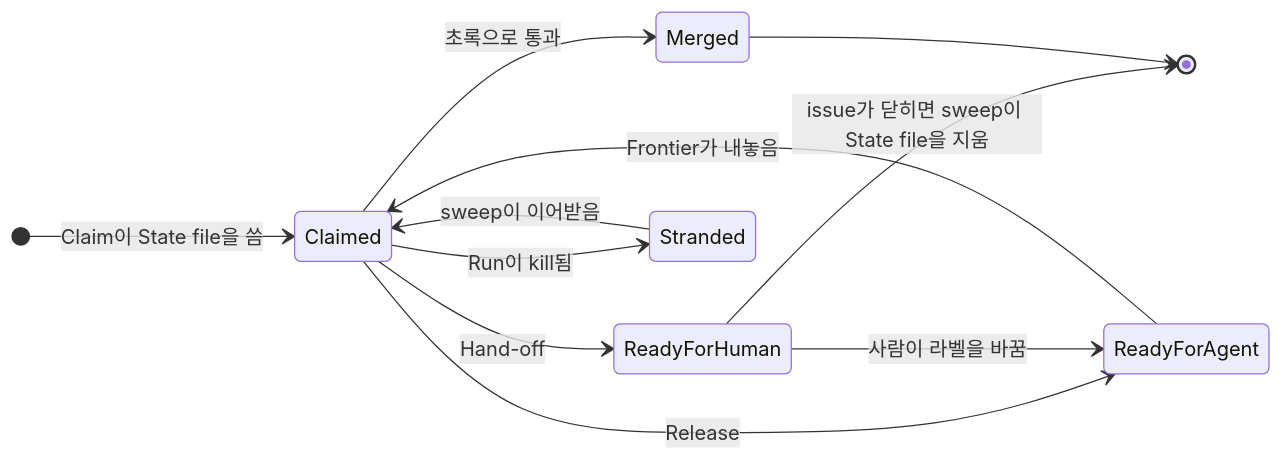
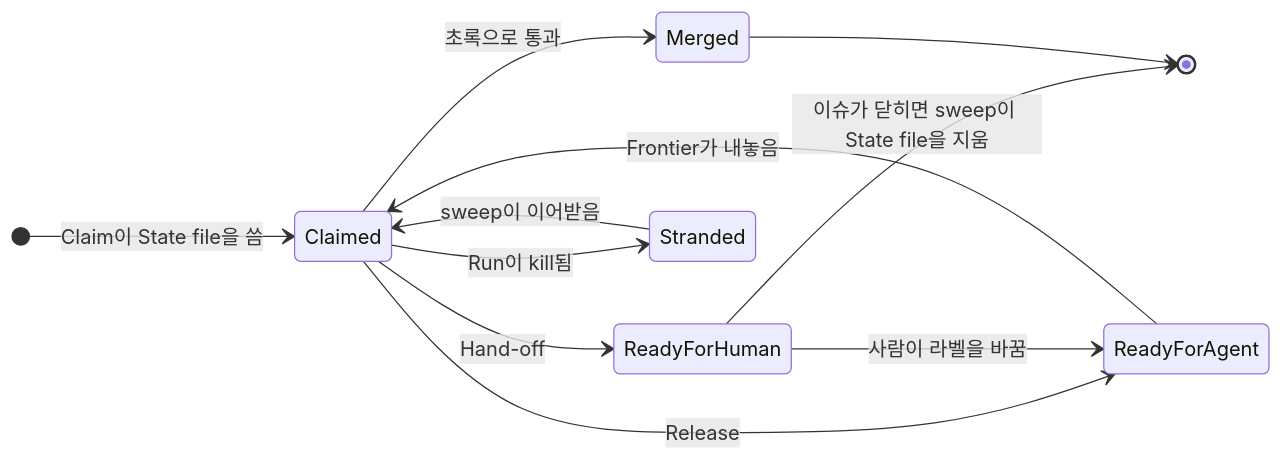
The first of 2 diagrams in wiki/ko/guide/stopping-and-resuming.md (jjongs2/ticket-runner), drawn with Mermaid before and after one commit. The commit also changed other lines of this file and 20 other files, not shown here.

````diff
--- a/wiki/ko/guide/stopping-and-resuming.md
+++ b/wiki/ko/guide/stopping-and-resuming.md
@@ -26,14 +24,14 @@
 ```mermaid
 stateDiagram-v2
     direction LR
     [*] --> Claimed: Claim이 State file을 씀
     Claimed --> Merged: 초록으로 통과
     Claimed --> ReadyForHuman: Hand-off
     Claimed --> ReadyForAgent: Release
     Claimed --> Stranded: Run이 kill됨
     ReadyForHuman --> ReadyForAgent: 사람이 라벨을 바꿈
     ReadyForAgent --> Claimed: Frontier가 내놓음
     Stranded --> Claimed: sweep이 이어받음
-    ReadyForHuman --> [*]: issue가 닫히면 sweep이 State file을 지움
+    ReadyForHuman --> [*]: 이슈가 닫히면 sweep이 State file을 지움
     Merged --> [*]
 ```
````
